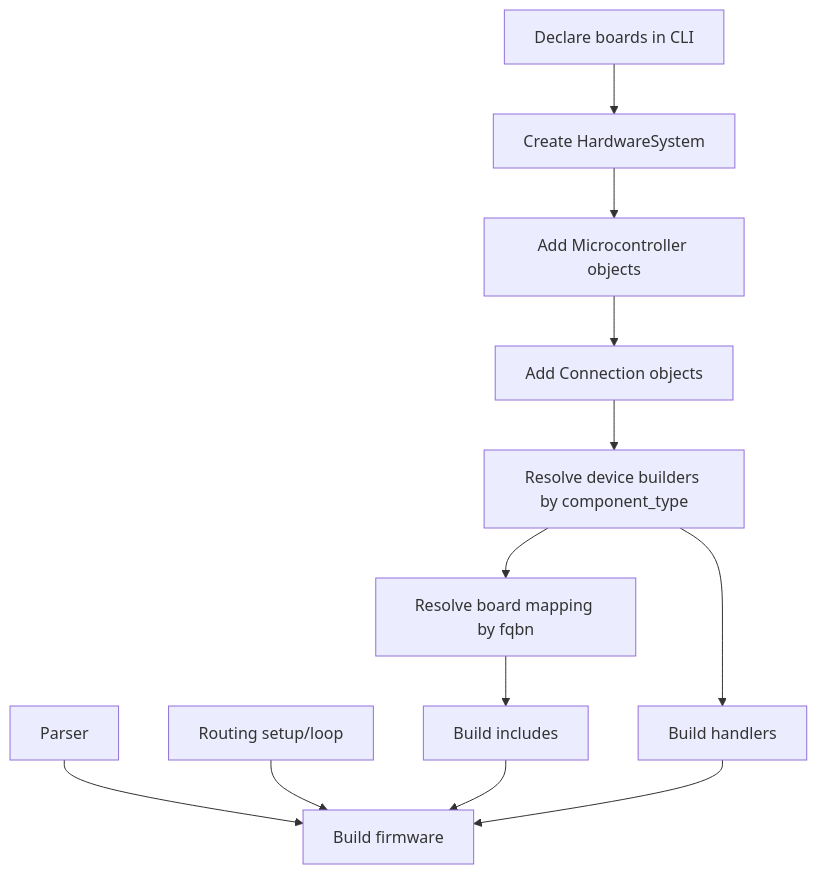
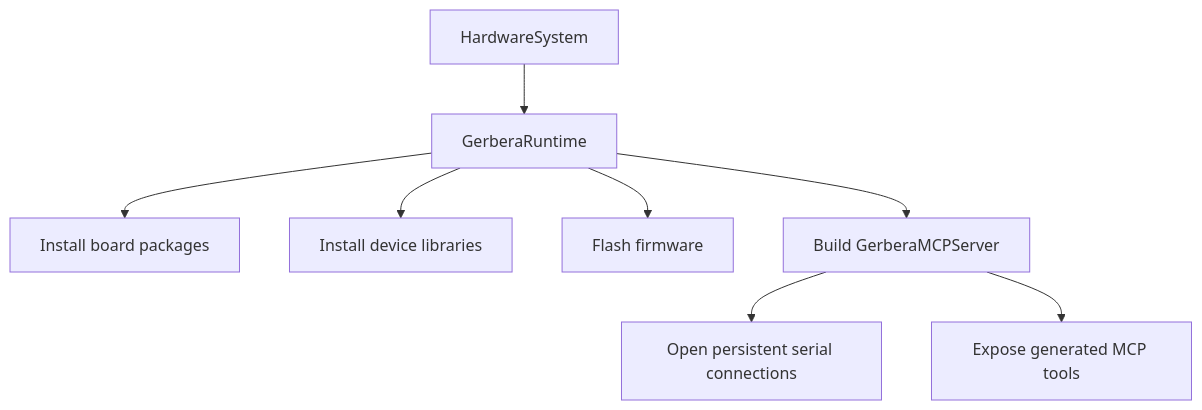
One commit to BaronLiu1993/gerbera changed the second of 3 diagrams in README.md. Above: the diagram before and after it, drawn with Mermaid. The commit also changed other lines of this file, not shown here.

Commit message:
update read me to reflect new MCP design

````diff
--- a/README.md
+++ b/README.md
@@ -290,14 +190,10 @@
 ```mermaid
 flowchart TD
-    A[Declare boards in CLI] --> B[Create HardwareSystem]
-    B --> C[Add Microcontroller objects]
-    C --> D[Add Connection objects]
-    D --> E[Resolve device builders by component_type]
-    E --> F[Resolve board mapping by fqbn]
-    F --> G[Build includes]
-    E --> H[Build handlers]
-    I[Parser] --> J[Build firmware]
-    K[Routing setup/loop] --> J
-    G --> J
-    H --> J
+    A[HardwareSystem] --> B[GerberaRuntime]
+    B --> C[Install board packages]
+    B --> D[Install device libraries]
+    B --> E[Flash firmware]
+    B --> F[Build GerberaMCPServer]
+    F --> G[Open persistent serial connections]
+    F --> H[Expose generated MCP tools]
 ```
````
